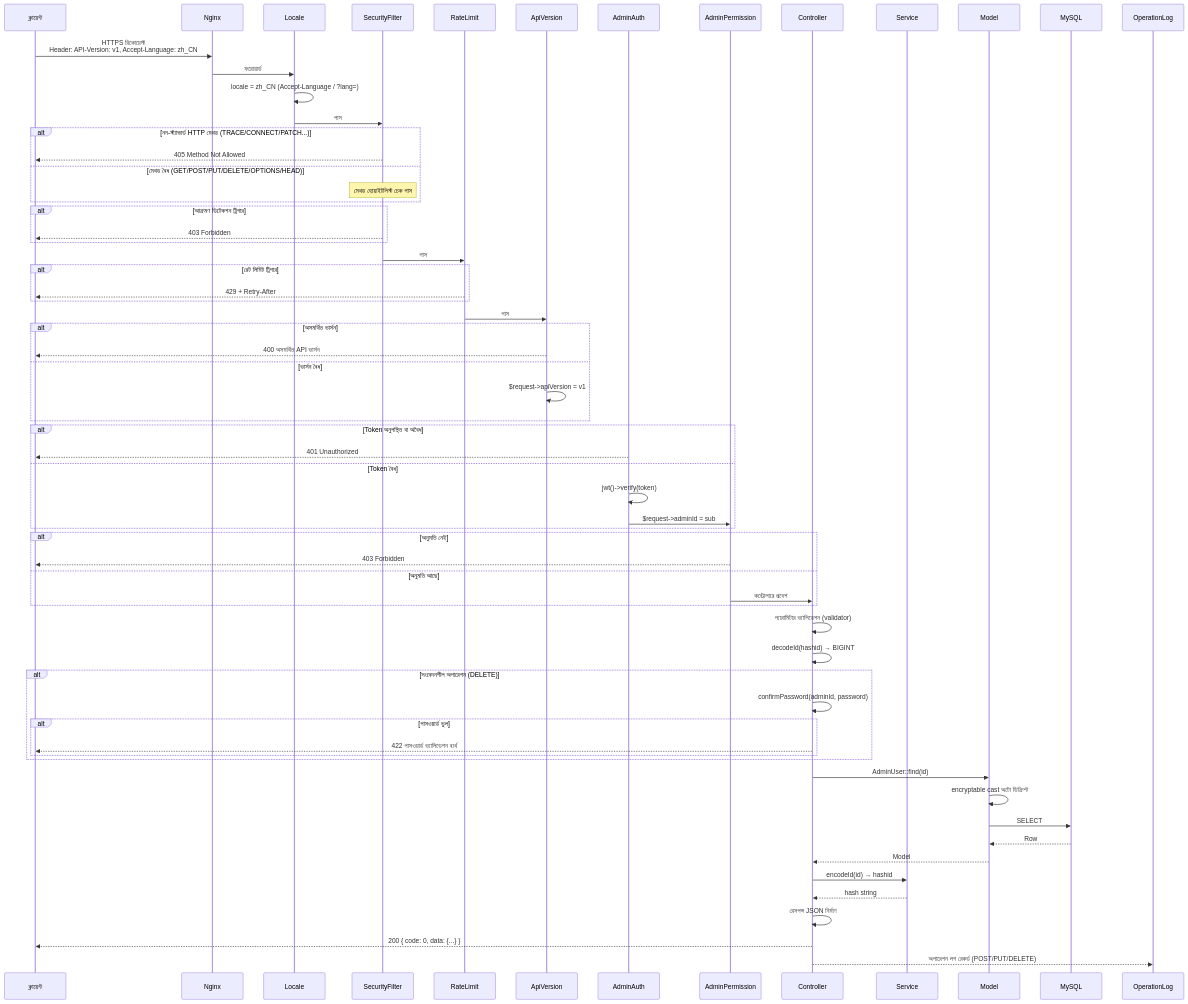
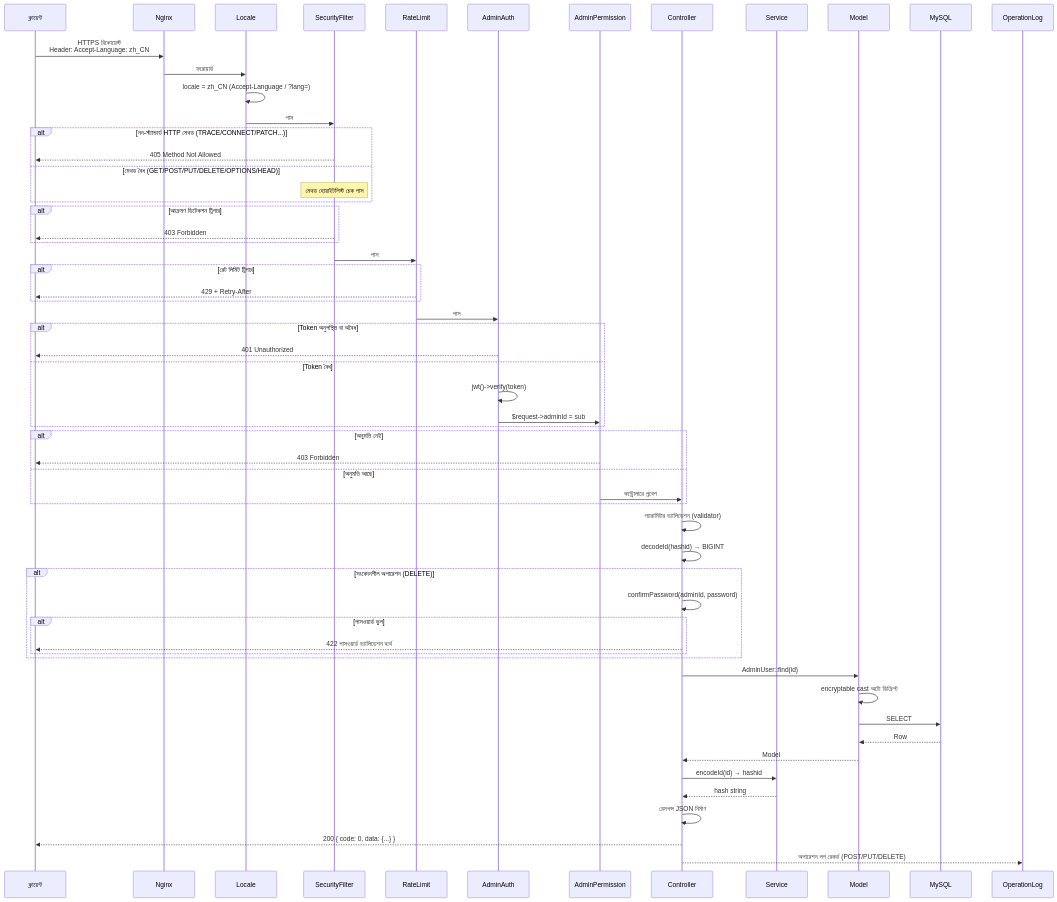
One commit to erikwang2013/integrated-global-logistics changed the third of 14 diagrams in admin/docs/ARCHITECTURE.bn.md. Above: the diagram before and after it, drawn with Mermaid. The commit also changed other lines of this file and 147 other files, not shown here.

First line of the commit message:
feat(api): API 版本号移入 URL 路径（/api/v1），移除 API-Version 头机制

````diff
--- a/admin/docs/ARCHITECTURE.bn.md
+++ b/admin/docs/ARCHITECTURE.bn.md
@@ -147,82 +145,75 @@
 ```mermaid
 sequenceDiagram
     participant C as ক্লায়েন্ট
     participant N as Nginx
     participant MW_LOC as Locale
     participant MW_SF as SecurityFilter
     participant MW_RL as RateLimit
-    participant MW0 as ApiVersion
     participant MW1 as AdminAuth
     participant MW2 as AdminPermission
     participant CTL as Controller
     participant SVC as Service
     participant MDL as Model
     participant DB as MySQL
     participant OPLOG as OperationLog
 
-    C->>N: HTTPS রিকোয়েস্ট<br/>Header: API-Version: v1, Accept-Language: zh_CN
+    C->>N: HTTPS রিকোয়েস্ট<br/>Header: Accept-Language: zh_CN
     N->>MW_LOC: ফরোয়ার্ড
 
     MW_LOC->>MW_LOC: locale = zh_CN (Accept-Language / ?lang=)
     MW_LOC->>MW_SF: পাস
 
     alt নন-স্ট্যান্ডার্ড HTTP মেথড (TRACE/CONNECT/PATCH...)
         MW_SF-->>C: 405 Method Not Allowed
     else মেথড বৈধ (GET/POST/PUT/DELETE/OPTIONS/HEAD)
         Note over MW_SF: মেথড হোয়াইটলিস্ট চেক পাস
     end
 
     alt আক্রমণ ডিটেকশন ট্রিগার
         MW_SF-->>C: 403 Forbidden
     end
 
     MW_SF->>MW_RL: পাস
 
     alt রেট লিমিট ট্রিগার
         MW_RL-->>C: 429 + Retry-After
     end
 
-    MW_RL->>MW0: পাস
-
-    alt অসমর্থিত ভার্সন
-        MW0-->>C: 400 অসমর্থিত API ভার্সন
-    else ভার্সন বৈধ
-        MW0->>MW0: $request->apiVersion = v1
-    end
+    MW_RL->>MW1: পাস
 
     alt Token অনুপস্থিত বা অবৈধ
         MW1-->>C: 401 Unauthorized
     else Token বৈধ
         MW1->>MW1: jwt()->verify(token)
         MW1->>MW2: $request->adminId = sub
     end
 
     alt অনুমতি নেই
         MW2-->>C: 403 Forbidden
     else অনুমতি আছে
         MW2->>CTL: কন্ট্রোলারে প্রবেশ
     end
 
     CTL->>CTL: প্যারামিটার ভ্যালিডেশন (validator)
     CTL->>CTL: decodeId(hashid) → BIGINT
 
     alt সংবেদনশীল অপারেশন (DELETE)
         CTL->>CTL: confirmPassword(adminId, password)
         alt পাসওয়ার্ড ভুল
             CTL-->>C: 422 পাসওয়ার্ড ভ্যালিডেশন ব্যর্থ
         end
     end
 
     CTL->>MDL: AdminUser::find(id)
     MDL->>MDL: encryptable cast অটো ডিক্রিপ্ট
     MDL->>DB: SELECT
     DB-->>MDL: Row
     MDL-->>CTL: Model
 
     CTL->>SVC: encodeId(id) → hashid
     SVC-->>CTL: hash string
 
     CTL->>CTL: রেসপন্স JSON নির্মাণ
     CTL-->>C: 200 { code: 0, data: {...} }
     CTL-->>OPLOG: অপারেশন লগ রেকর্ড (POST/PUT/DELETE)
 ```
````
